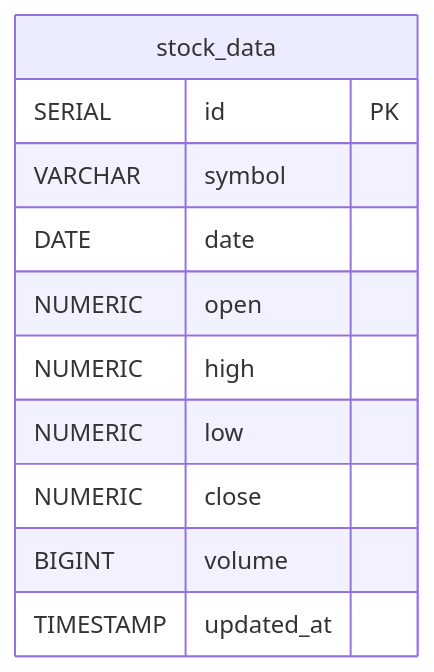
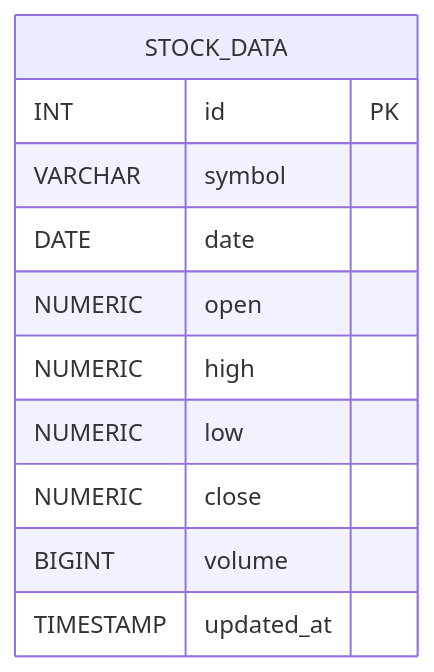
One commit to Rahullll101/Stock-Data-Pipeline-with-Airflow changed the second of 3 diagrams in README.md. Above: the diagram before and after it, drawn with Mermaid.

Commit message:
Fix ER diagram rendering issue in README
Updated the entity name from 'stock_data' to 'STOCK_DATA' in the ER diagram.

````diff
--- a/README.md
+++ b/README.md
@@ -229,14 +229,14 @@
 ```mermaid
 erDiagram
-    stock_data {
-        SERIAL id PK
+    STOCK_DATA {
+        INT id PK
         VARCHAR symbol
         DATE date
         NUMERIC open
         NUMERIC high
         NUMERIC low
         NUMERIC close
         BIGINT volume
         TIMESTAMP updated_at
     }
 ```
````
